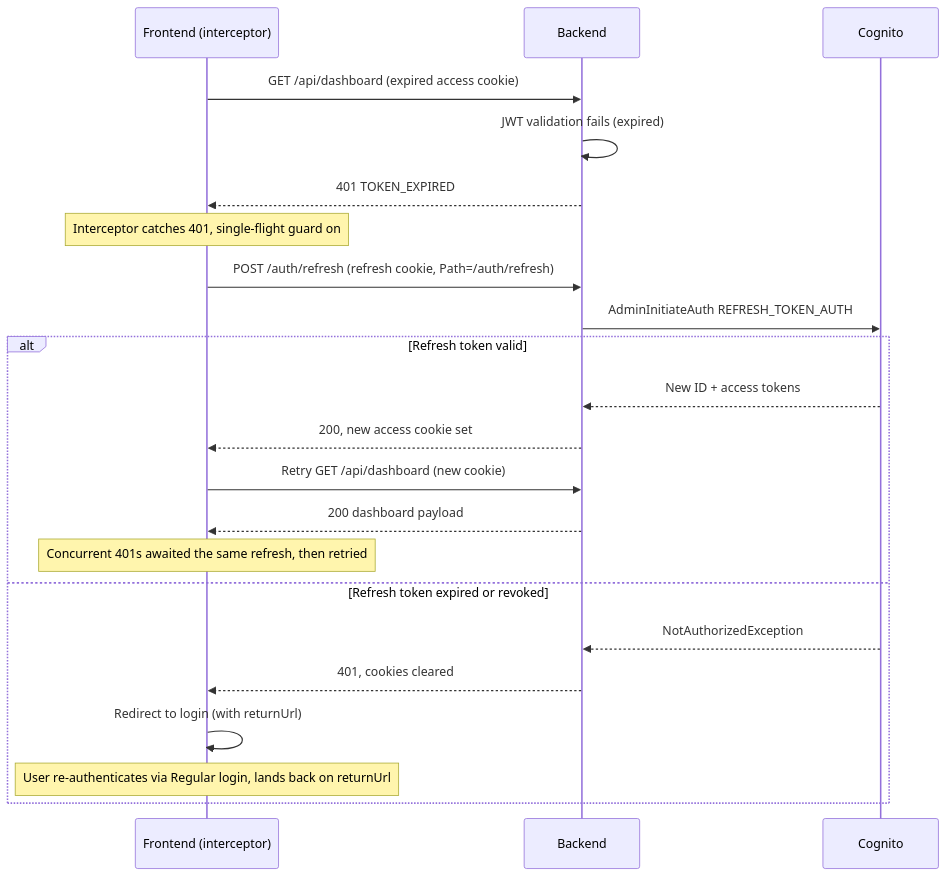
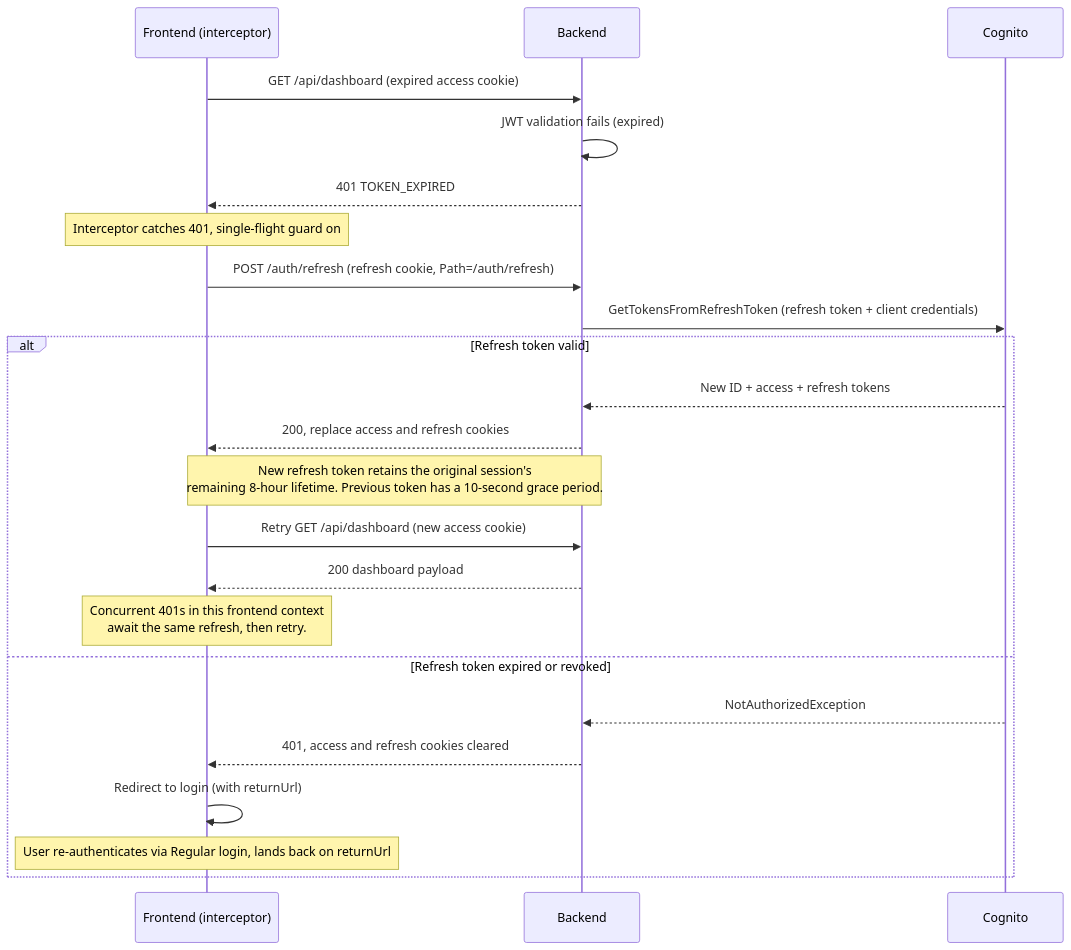
Before and after one commit to ditnice/aws-UKPS: the fourth of 4 diagrams in documentation/auth/sequences.md, drawn with Mermaid. The commit also changed other lines of this file, not shown here.

Commit message:
Update the diagrams to be more explicit

````diff
--- a/documentation/auth/sequences.md
+++ b/documentation/auth/sequences.md
@@ -101,24 +116,25 @@
 ```mermaid
 sequenceDiagram
     participant F as Frontend (interceptor)
     participant B as Backend
     participant C as Cognito
     F->>B: GET /api/dashboard (expired access cookie)
     B->>B: JWT validation fails (expired)
     B-->>F: 401 TOKEN_EXPIRED
     Note over F: Interceptor catches 401, single-flight guard on
     F->>B: POST /auth/refresh (refresh cookie, Path=/auth/refresh)
-    B->>C: AdminInitiateAuth REFRESH_TOKEN_AUTH
+    B->>C: GetTokensFromRefreshToken (refresh token + client credentials)
     alt Refresh token valid
-        C-->>B: New ID + access tokens
-        B-->>F: 200, new access cookie set
-        F->>B: Retry GET /api/dashboard (new cookie)
+        C-->>B: New ID + access + refresh tokens
+        B-->>F: 200, replace access and refresh cookies
+        Note over B,F: New refresh token retains the original session's<br/>remaining 8-hour lifetime. Previous token has a 10-second grace period.
+        F->>B: Retry GET /api/dashboard (new access cookie)
         B-->>F: 200 dashboard payload
-        Note over F: Concurrent 401s awaited the same refresh, then retried
+        Note over F: Concurrent 401s in this frontend context<br/>await the same refresh, then retry.
     else Refresh token expired or revoked
         C-->>B: NotAuthorizedException
-        B-->>F: 401, cookies cleared
+        B-->>F: 401, access and refresh cookies cleared
         F->>F: Redirect to login (with returnUrl)
         Note over F: User re-authenticates via Regular login, lands back on returnUrl
     end
 ```
````
